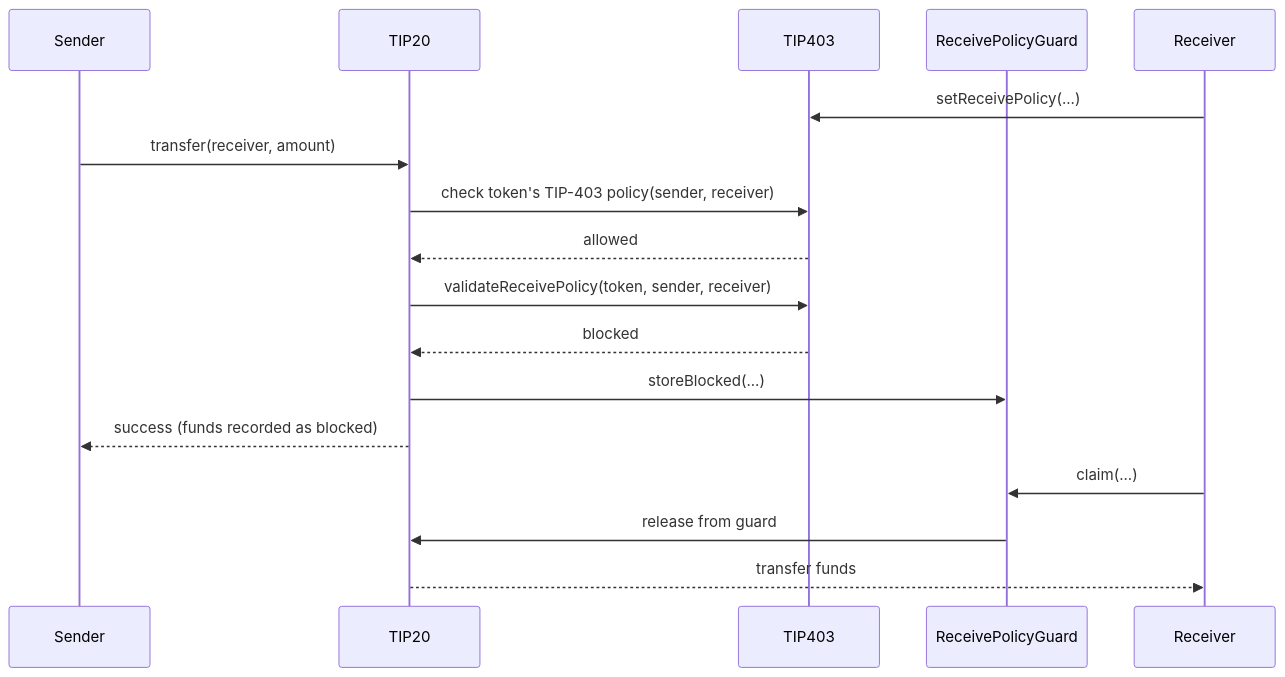
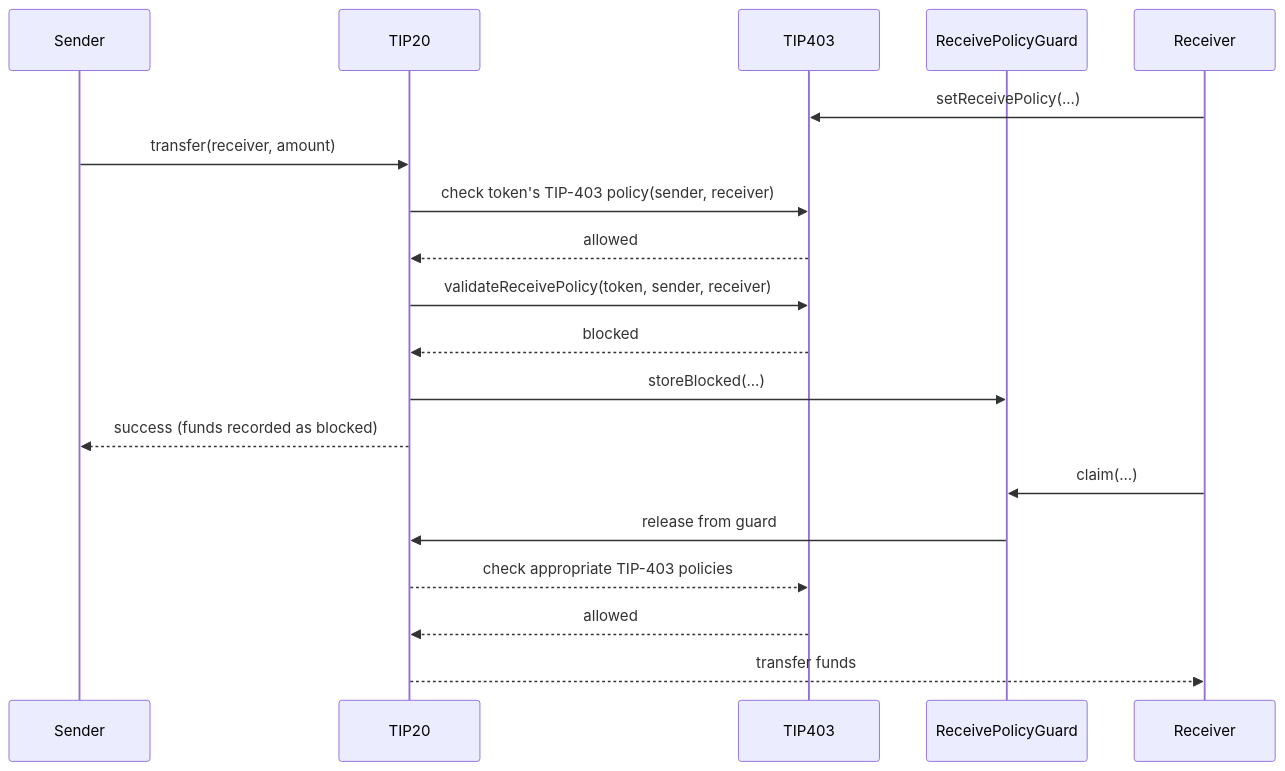
One commit to tempoxyz/tempo changed the first of 2 diagrams in tips/tip-1028.md. Above: the diagram before and after it, drawn with Mermaid. The commit also changed other lines of this file, not shown here.

````diff
--- a/tips/tip-1028.md
+++ b/tips/tip-1028.md
@@ -54,21 +52,23 @@
 ```mermaid
 sequenceDiagram
     participant Sender
     participant TIP20
     participant TIP403
     participant ReceivePolicyGuard
     participant Receiver
 
     Receiver->>TIP403: setReceivePolicy(...)
     Sender->>TIP20: transfer(receiver, amount)
     TIP20->>TIP403: check token's TIP-403 policy(sender, receiver)
     TIP403-->>TIP20: allowed
     TIP20->>TIP403: validateReceivePolicy(token, sender, receiver)
     TIP403-->>TIP20: blocked
     TIP20->>ReceivePolicyGuard: storeBlocked(...)
     TIP20-->>Sender: success (funds recorded as blocked)
 
     Receiver->>ReceivePolicyGuard: claim(...)
     ReceivePolicyGuard->>TIP20: release from guard
+    TIP20-->>TIP403: check appropriate TIP-403 policies
+    TIP403-->>TIP20: allowed
     TIP20-->>Receiver: transfer funds
 ```
````
